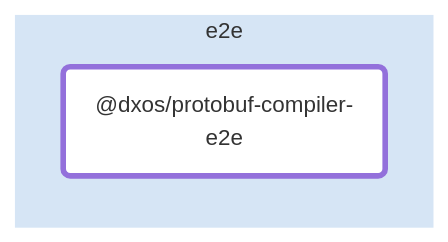
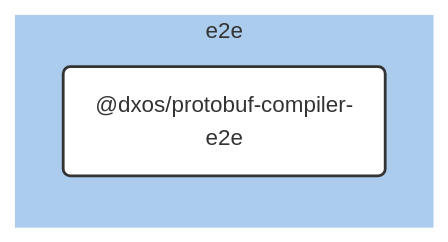
Before and after one commit to dxos/dxos: the diagram in e2e/protobuf-compiler/docs/README.md, drawn with Mermaid. The commit also changed 100 other files, not shown here.

````diff
--- a/e2e/protobuf-compiler/docs/README.md
+++ b/e2e/protobuf-compiler/docs/README.md
@@ -7,12 +7,25 @@
 ```mermaid
-flowchart LR;
+%%{ init: {'flowchart':{'curve':'basis'}} }%%
 
-style dxos/protobuf-compiler-e2e fill:#fff,stroke-width:4px;
+flowchart LR
+
+%% Links
+
+%% Sections
+subgraph e2e
+  style e2e fill:#abcced,stroke:#fff;
+
+  dxos/protobuf-compiler-e2e("@dxos/protobuf-compiler-e2e")
+end
 
 
-subgraph e2e
-  style e2e fill:#d6e5f5,stroke:#fff;
-  dxos/protobuf-compiler-e2e("@dxos/protobuf-compiler-e2e");
-end
+%% Hyperlinks
+
+%% Styles
+classDef rootNode fill:#fff,stroke:#333,stroke-width:2px
+classDef defaultNode fill:#fff,stroke:#333,stroke-width:1px
+linkStyle default stroke:#333,stroke-width:1px
+
+dxos/protobuf-compiler-e2e:::rootNode
 
 ```
````
